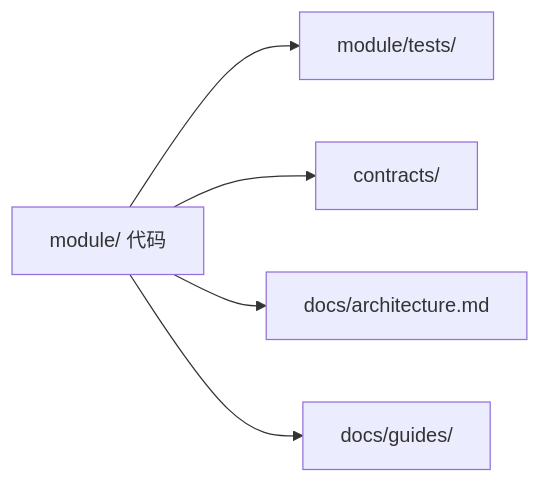
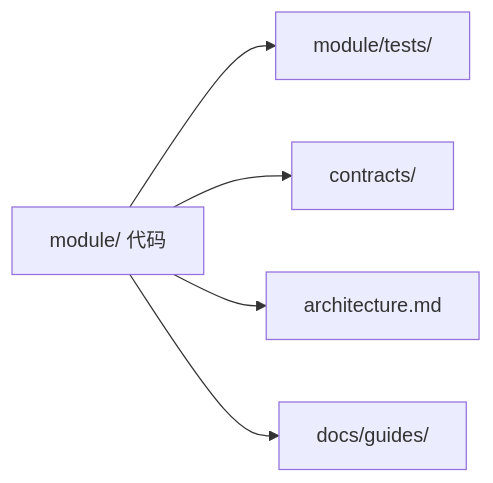
One commit to Yiannnn-202/SensorAgent changed the diagram in docs/team/convention_cn.md. Above: the diagram before and after it, drawn with Mermaid. The commit also changed other lines of this file and 39 other files, not shown here.

````diff
--- a/docs/team/convention_cn.md
+++ b/docs/team/convention_cn.md
@@ -165,7 +163,7 @@
 ```mermaid
 flowchart LR
   code["module/ 代码"] --> tests["module/tests/"]
   code --> contract["contracts/"]
-  code --> arch["docs/architecture.md"]
+  code --> arch["architecture.md"]
   code --> guide["docs/guides/"]
 ```
````
